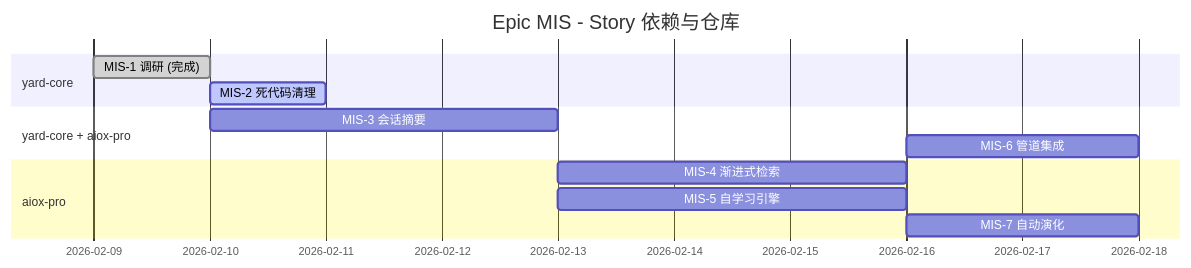
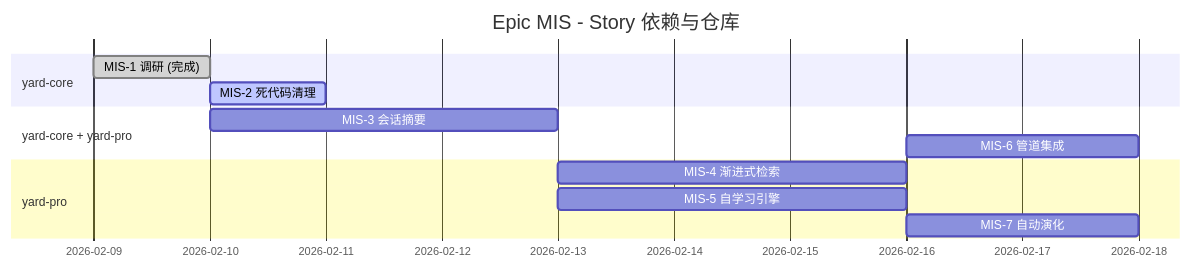
Diagram 11 of 11 in docs/zh/guides/MEMORY-INTELLIGENCE-SYSTEM.md (ernesto-langa/yard-core), drawn with Mermaid before and after one commit. The commit also changed other lines of this file and 529 other files, not shown here.

````diff
--- a/docs/zh/guides/MEMORY-INTELLIGENCE-SYSTEM.md
+++ b/docs/zh/guides/MEMORY-INTELLIGENCE-SYSTEM.md
@@ -1021,18 +1021,18 @@
 ```mermaid
 gantt
     title Epic MIS - Story 依赖与仓库
     dateFormat YYYY-MM-DD
 
     section yard-core
     MIS-1 调研 (完成)           :done, mis1, 2026-02-09, 1d
     MIS-2 死代码清理              :active, mis2, after mis1, 1d
 
-    section yard-core + aiox-pro
+    section yard-core + yard-pro
     MIS-3 会话摘要                 :mis3, after mis1, 3d
     MIS-6 管道集成           :mis6, after mis4, 2d
 
-    section aiox-pro
+    section yard-pro
     MIS-4 渐进式检索          :mis4, after mis3, 3d
     MIS-5 自学习引擎           :mis5, after mis3, 3d
     MIS-7 自动演化                 :mis7, after mis5, 2d
 ```
````
